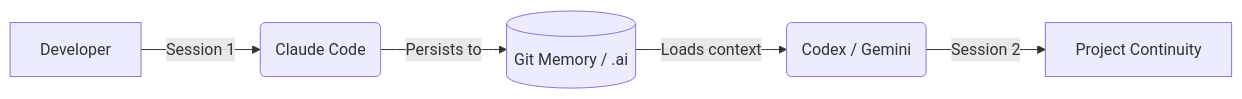
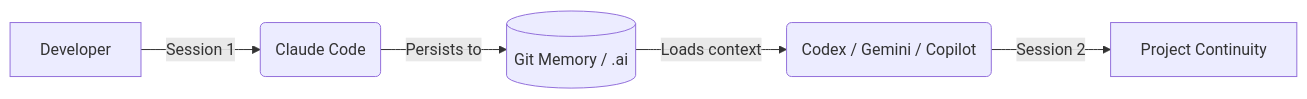
Before and after one commit to mikeroguez/continuum: the diagram in README.en.md, drawn with Mermaid. The commit also changed other lines of this file and 1 other file, not shown here.

Commit message:
docs: destaca compatibilidad con GitHub Copilot en READMEs principales

````diff
--- a/README.en.md
+++ b/README.en.md
@@ -22,7 +22,7 @@
 ```mermaid
 flowchart LR
     A[Developer] -->|Session 1| B(Claude Code)
     B -->|Persists to| C[(Git Memory / .ai)]
-    C -->|Loads context| D(Codex / Gemini)
+    C -->|Loads context| D(Codex / Gemini / Copilot)
     D -->|Session 2| E[Project Continuity]
 ```
````
